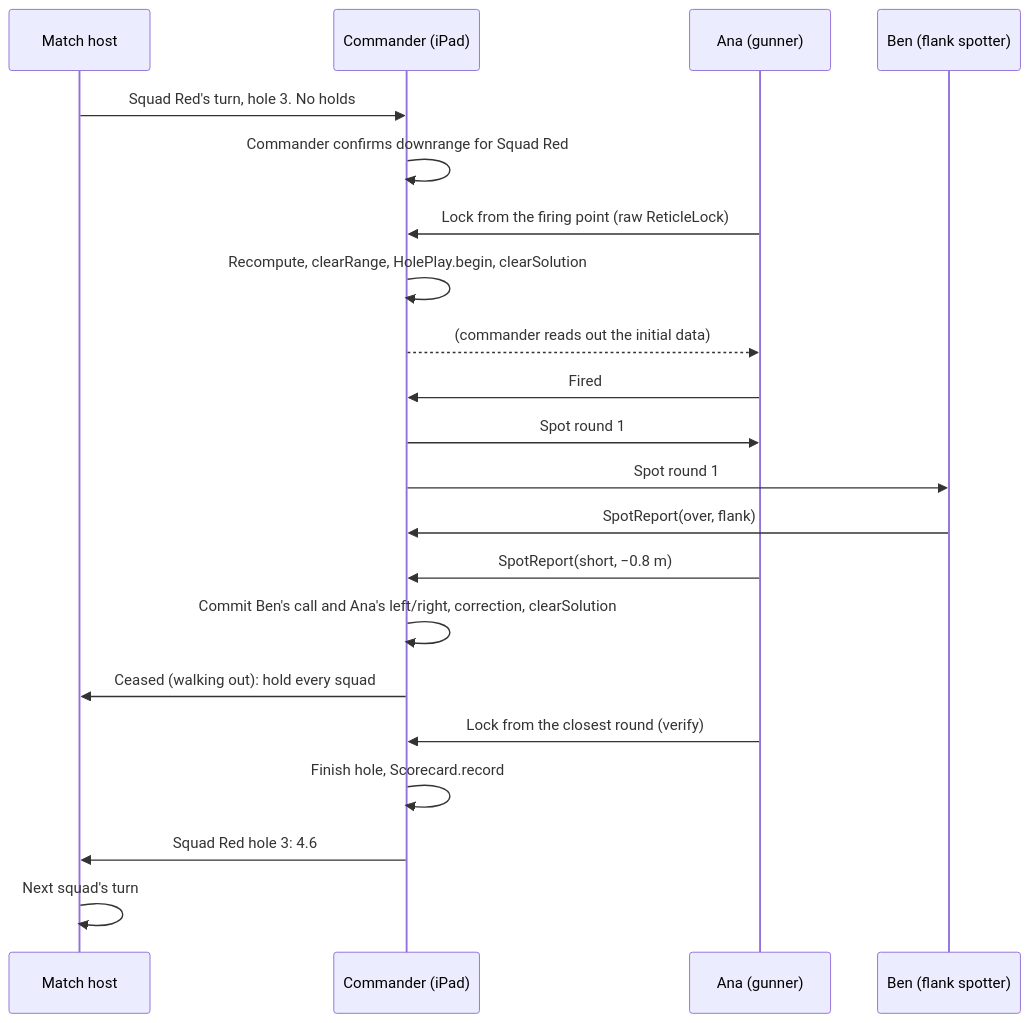
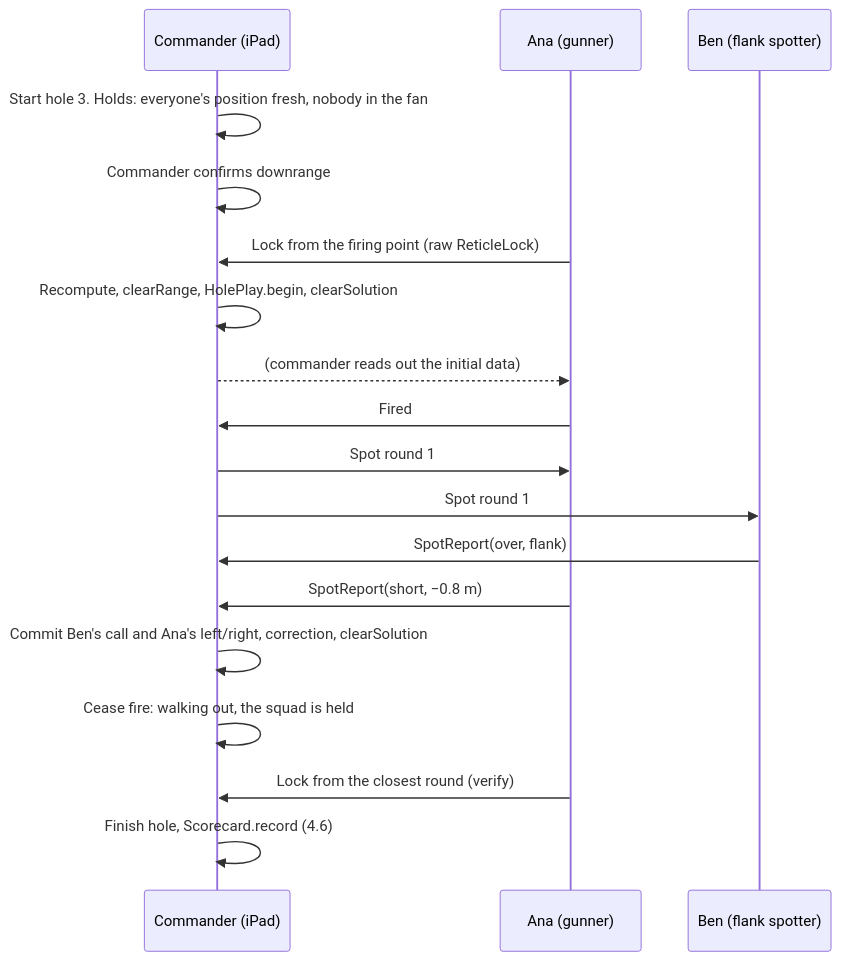
The diagram in docs/GROUP_PLAY.md (zacharyelston/BackyardBallistics), drawn with Mermaid before and after one commit. The commit also changed other lines of this file and 21 other files, not shown here.

````diff
--- a/docs/GROUP_PLAY.md
+++ b/docs/GROUP_PLAY.md
@@ -71,23 +70,20 @@
 ```mermaid
 sequenceDiagram
-  participant M as Match host
   participant C as Commander (iPad)
   participant A as Ana (gunner)
   participant B as Ben (flank spotter)
-  M->>C: Squad Red's turn, hole 3. No holds
-  C->>C: Commander confirms downrange for Squad Red
+  C->>C: Start hole 3. Holds: everyone's position fresh, nobody in the fan
+  C->>C: Commander confirms downrange
   A->>C: Lock from the firing point (raw ReticleLock)
   C->>C: Recompute, clearRange, HolePlay.begin, clearSolution
   C-->>A: (commander reads out the initial data)
   A->>C: Fired
   C->>A: Spot round 1
   C->>B: Spot round 1
   B->>C: SpotReport(over, flank)
   A->>C: SpotReport(short, −0.8 m)
   C->>C: Commit Ben's call and Ana's left/right, correction, clearSolution
-  C->>M: Ceased (walking out): hold every squad
+  C->>C: Cease fire: walking out, the squad is held
   A->>C: Lock from the closest round (verify)
-  C->>C: Finish hole, Scorecard.record
-  C->>M: Squad Red hole 3: 4.6
-  M->>M: Next squad's turn
+  C->>C: Finish hole, Scorecard.record (4.6)
 ```
````
